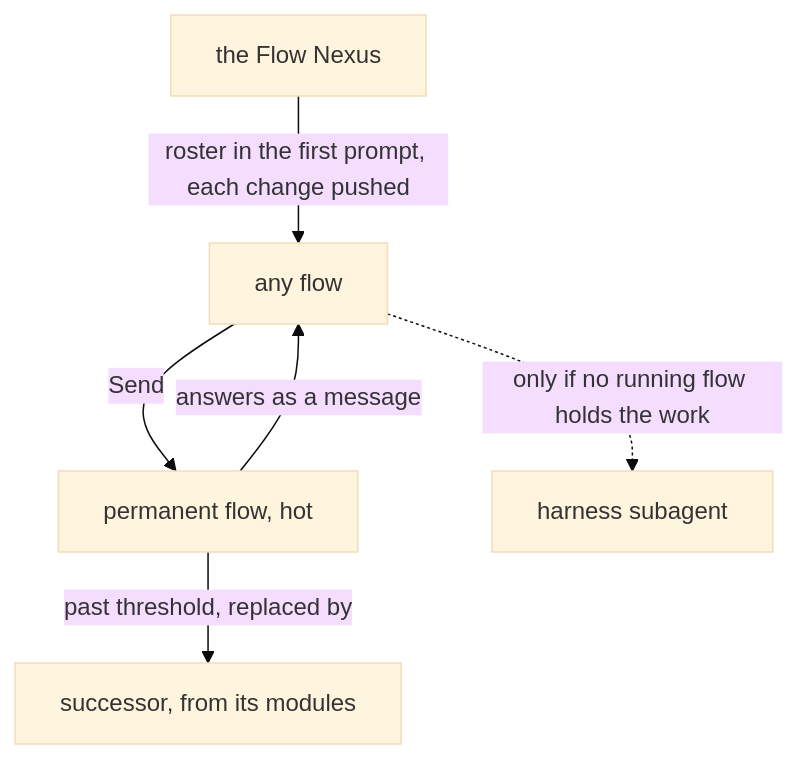
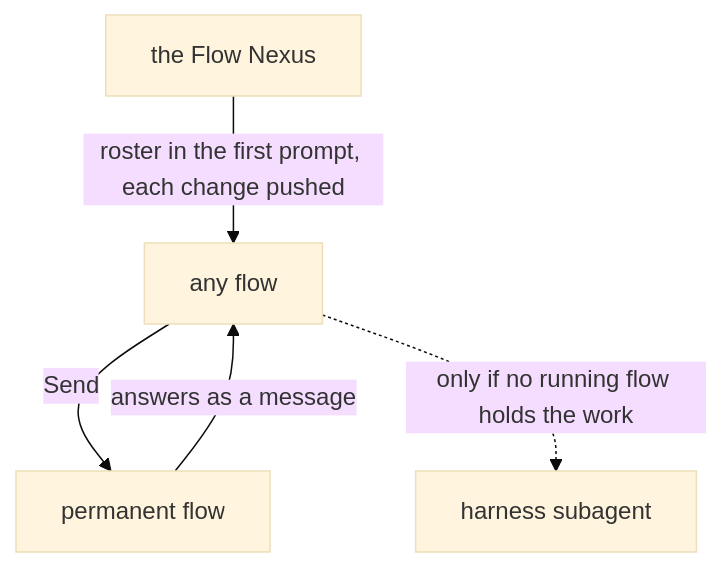
The fourth of 6 diagrams in vision/flow-nexus/1.md (LiGoldragon/psyche-belief), drawn with Mermaid (base theme) before and after one commit. The commit also changed other lines of this file and 3 other files, not shown here.

First line of the commit message:
Land: A flow rests, crystallizes and sleeps; an acting flow continues in a fresh flow (approved by the living, Fable digx)

````diff
--- a/vision/flow-nexus/1.md
+++ b/vision/flow-nexus/1.md
@@ -238,8 +238,7 @@
 ```mermaid
 flowchart TB
     n["the Flow Nexus"] -- "roster in the first prompt, each change pushed" --> f["any flow"]
-    f -- "Send" --> p["permanent flow, hot"]
+    f -- "Send" --> p["permanent flow"]
     p -- "answers as a message" --> f
     f -. "only if no running flow holds the work" .-> h["harness subagent"]
-    p -- "past threshold, replaced by" --> s["successor, from its modules"]
 ```
````
